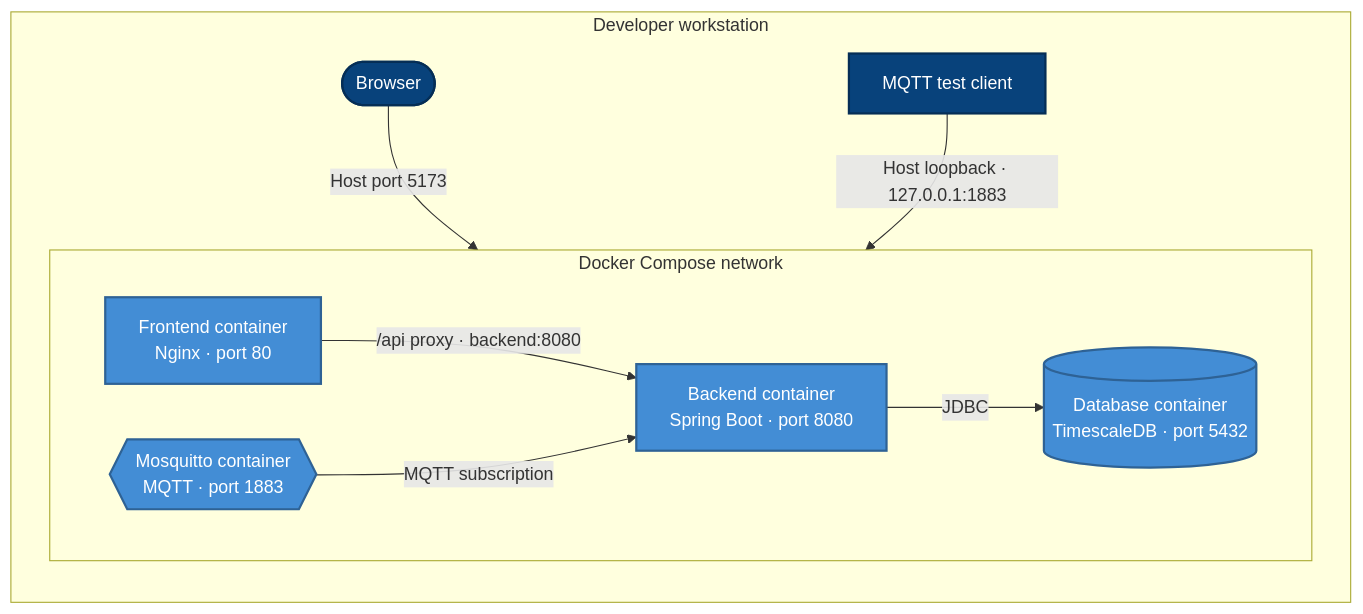
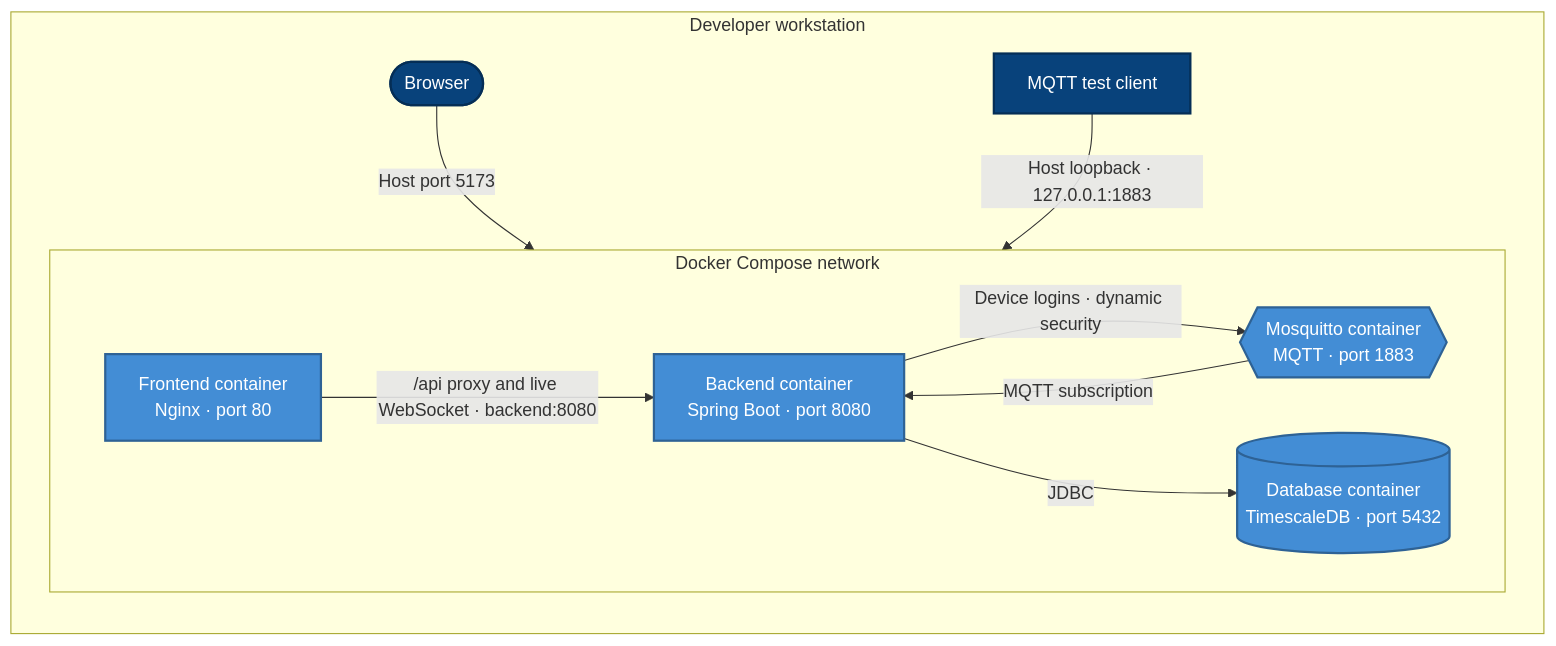
One commit to Hashu-17/openroots changed the diagram in docs/architecture/c4-local-deployment.md. Above: the diagram before and after it, drawn with Mermaid. The commit also changed 10 other files, not shown here.

Commit message:
docs: update architecture, product and API docs for sign-in, live telemetry and broker sync

````diff
--- a/docs/architecture/c4-local-deployment.md
+++ b/docs/architecture/c4-local-deployment.md
@@ -5,27 +5,28 @@
 ```mermaid
 flowchart LR
     subgraph host["Developer workstation"]
         browser(["Browser"])
         mqttClient["MQTT test client"]
         subgraph compose["Docker Compose network"]
             direction LR
             frontend["Frontend container<br/>Nginx · port 80"]
             broker{{"Mosquitto container<br/>MQTT · port 1883"}}
             backend["Backend container<br/>Spring Boot · port 8080"]
             database[("Database container<br/>TimescaleDB · port 5432")]
         end
     end
     browser -->|"Host port 5173"| frontend
-    frontend -->|"/api proxy · backend:8080"| backend
+    frontend -->|"/api proxy and live WebSocket · backend:8080"| backend
     mqttClient -->|"Host loopback · 127.0.0.1:1883"| broker
     broker -->|"MQTT subscription"| backend
     backend -->|"JDBC"| database
+    backend -->|"Device logins · dynamic security"| broker
 
     classDef client fill:#08427b,color:#fff,stroke:#052e56,stroke-width:2px;
     classDef external fill:#999999,color:#fff,stroke:#666,stroke-width:2px;
     classDef container fill:#438dd5,color:#fff,stroke:#2e6295,stroke-width:2px;
     classDef data fill:#438dd5,color:#fff,stroke:#2e6295,stroke-width:2px;
     class browser,mqttClient client;
     class frontend,broker,backend container;
     class database data;
 ```
````
